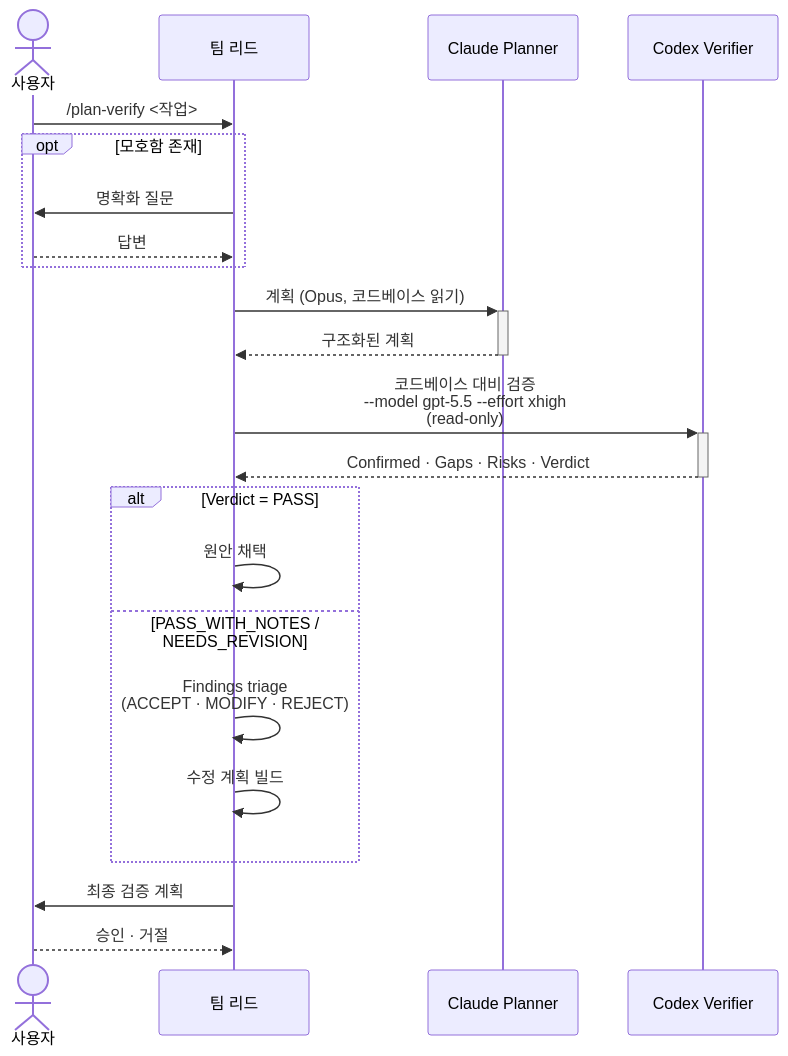
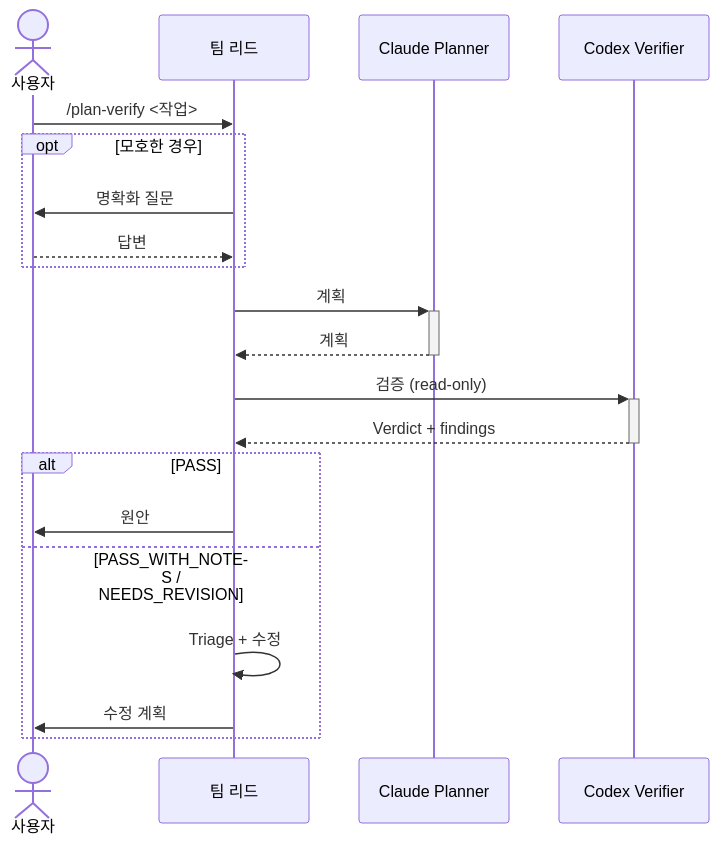
One commit to yunmango/yunmango-claude-plugins changed the second of 2 diagrams in docs/skills/plan-verify.ko.md. Above: the diagram before and after it, drawn with Mermaid. The commit also changed other lines of this file and 9 other files, not shown here.

First line of the commit message:
docs(site): trim verbose explanations, keep diagrams + tables

````diff
--- a/docs/skills/plan-verify.ko.md
+++ b/docs/skills/plan-verify.ko.md
@@ -61,29 +41,23 @@
 ```mermaid
 sequenceDiagram
     actor User as 사용자
     participant Lead as 팀 리드
     participant CP as Claude Planner
     participant CV as Codex Verifier
 
     User->>Lead: /plan-verify <작업>
-    opt 모호함 존재
+    opt 모호한 경우
         Lead->>User: 명확화 질문
         User-->>Lead: 답변
     end
-
-    Lead->>+CP: 계획 (Opus, 코드베이스 읽기)
-    CP-->>-Lead: 구조화된 계획
-
-    Lead->>+CV: 코드베이스 대비 검증<br/>--model gpt-5.5 --effort xhigh<br/>(read-only)
-    CV-->>-Lead: Confirmed · Gaps · Risks · Verdict
-
-    alt Verdict = PASS
-        Lead->>Lead: 원안 채택
+    Lead->>+CP: 계획
+    CP-->>-Lead: 계획
+    Lead->>+CV: 검증 (read-only)
+    CV-->>-Lead: Verdict + findings
+    alt PASS
+        Lead->>User: 원안
     else PASS_WITH_NOTES / NEEDS_REVISION
-        Lead->>Lead: Findings triage<br/>(ACCEPT · MODIFY · REJECT)
-        Lead->>Lead: 수정 계획 빌드
+        Lead->>Lead: Triage + 수정
+        Lead->>User: 수정 계획
     end
-
-    Lead->>User: 최종 검증 계획
-    User-->>Lead: 승인 · 거절
 ```
````
